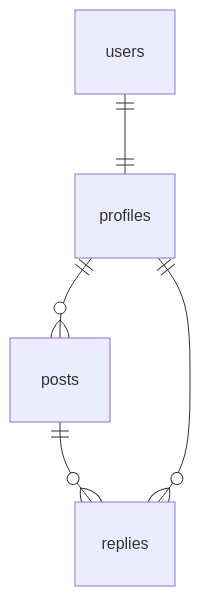
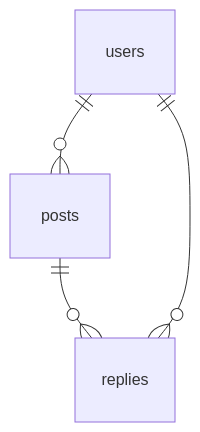
The first of 9 diagrams in README.md (MitaMasamiti/disaster-sos), drawn with Mermaid before and after one commit.

Commit message:
Update README.md ER図更新 profileテーブル削除

````diff
--- a/README.md
+++ b/README.md
@@ -3,7 +3,6 @@
 ```mermaid
 erDiagram
-    users ||--|| profiles  : ""
-    profiles ||--o{ posts : ""
+    users ||--o{ posts : ""
     posts ||--o{ replies : ""
-    profiles ||--o{ replies : ""
+    users ||--o{ replies : ""
 ```
````
